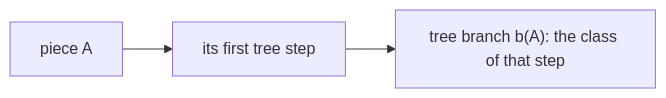
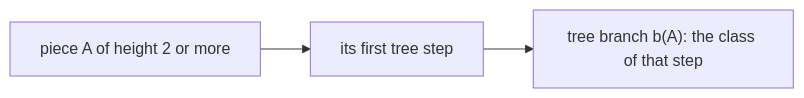
Before and after one commit to KonomiYuzu01/Magic-600-Cell: the diagram in docs/progress/1.0/glossary/diagrams/tree-branch.mmd, drawn with Mermaid. The commit also changed 40 other files, not shown here.

```diff
--- a/docs/progress/1.0/glossary/diagrams/tree-branch.mmd
+++ b/docs/progress/1.0/glossary/diagrams/tree-branch.mmd
@@ -1,3 +1,3 @@
 flowchart LR
-  P[piece A] --> F[its first tree step]
+  P["piece A of height 2 or more"] --> F[its first tree step]
   F --> B["tree branch b(A): the class of that step"]
```
